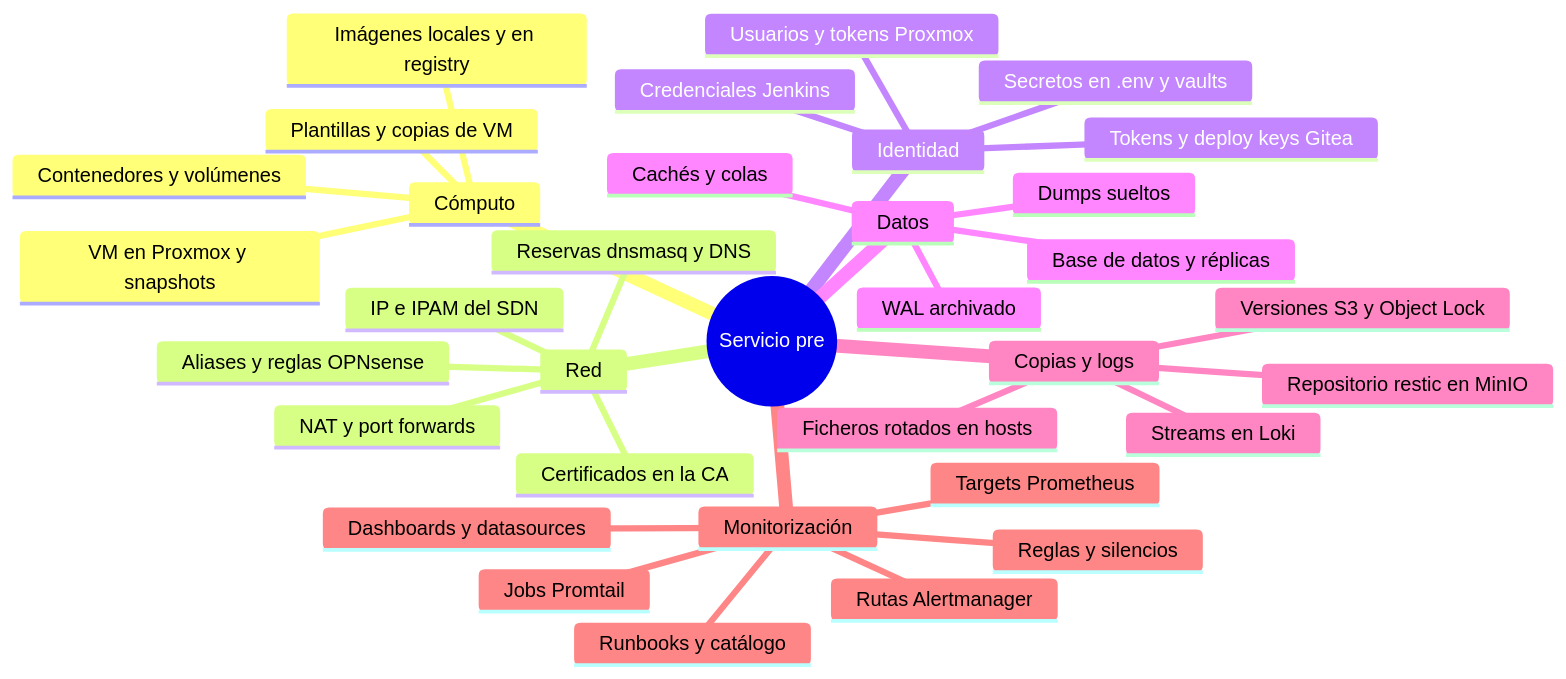
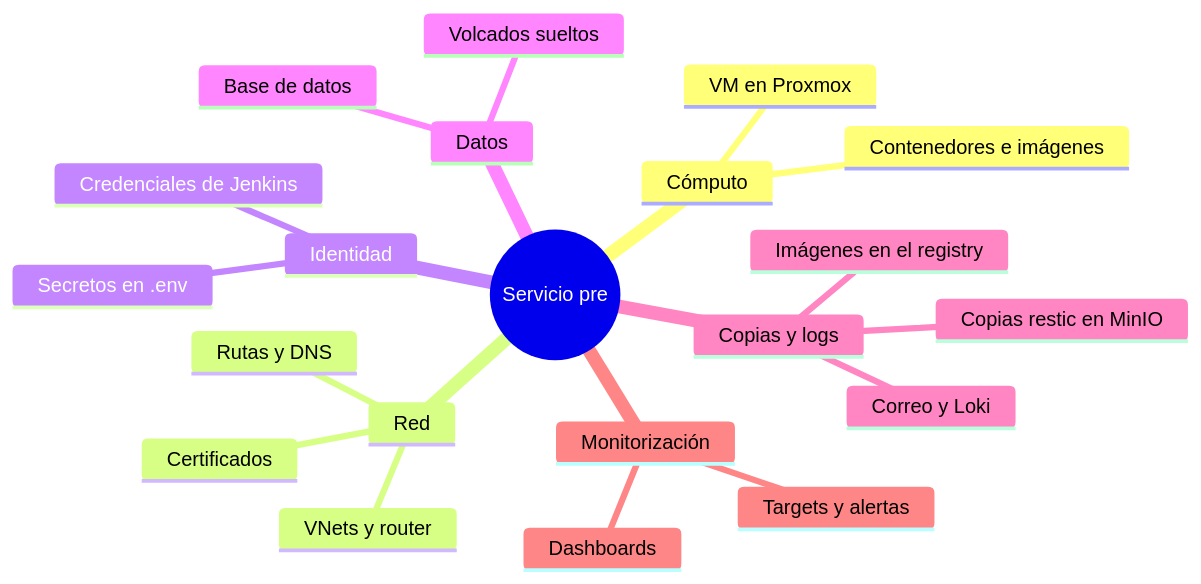
Before and after one commit to victor-educ/apuntes-5169: the second of 5 diagrams in docs/ut/ut8-terminacion-segura.md, drawn with Mermaid. The commit also changed other lines of this file and 6 other files, not shown here.

````diff
--- a/docs/ut/ut8-terminacion-segura.md
+++ b/docs/ut/ut8-terminacion-segura.md
@@ -76,37 +60,24 @@
 ```mermaid
 mindmap
   root((Servicio pre))
     Cómputo
-      Contenedores y volúmenes
-      Imágenes locales y en registry
-      VM en Proxmox y snapshots
-      Plantillas y copias de VM
+      Contenedores e imágenes
+      VM en Proxmox
     Red
-      IP e IPAM del SDN
-      Reservas dnsmasq y DNS
-      Aliases y reglas OPNsense
-      NAT y port forwards
-      Certificados en la CA
+      VNets y router
+      Rutas y DNS
+      Certificados
     Identidad
-      Usuarios y tokens Proxmox
-      Credenciales Jenkins
-      Tokens y deploy keys Gitea
-      Secretos en .env y vaults
+      Credenciales de Jenkins
+      Secretos en .env
     Datos
-      Base de datos y réplicas
-      Dumps sueltos
-      Cachés y colas
-      WAL archivado
+      Base de datos
+      Volcados sueltos
     Copias y logs
-      Repositorio restic en MinIO
-      Versiones S3 y Object Lock
-      Streams en Loki
-      Ficheros rotados en hosts
+      Copias restic en MinIO
+      Imágenes en el registry
+      Correo y Loki
     Monitorización
-      Targets Prometheus
-      Reglas y silencios
-      Rutas Alertmanager
-      Dashboards y datasources
-      Jobs Promtail
-      Runbooks y catálogo
+      Targets y alertas
+      Dashboards
 ```
````
